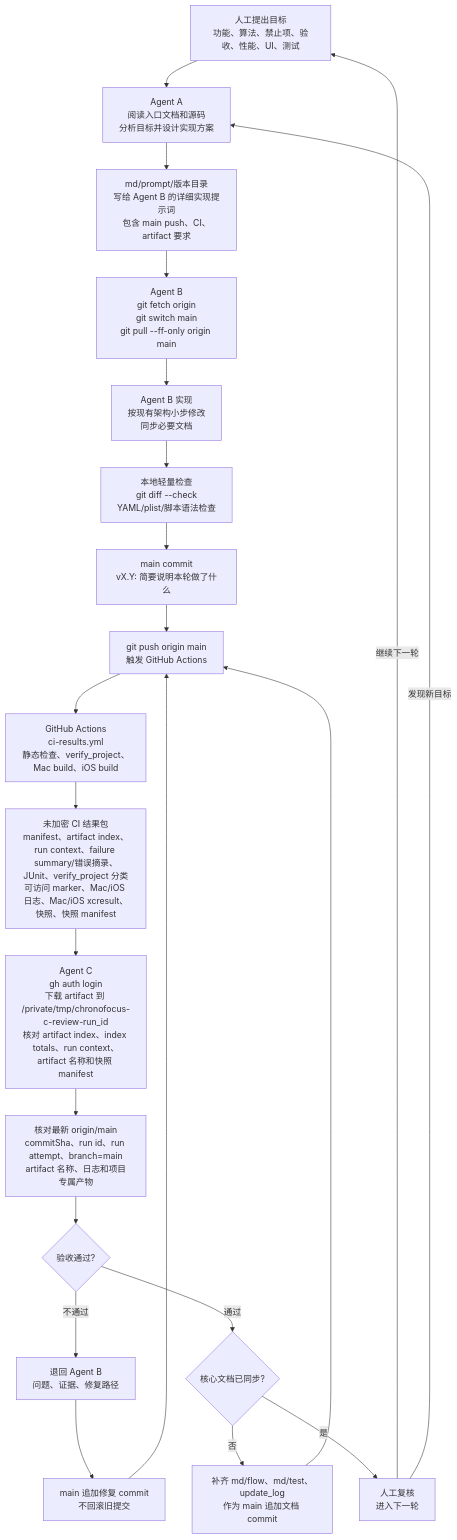
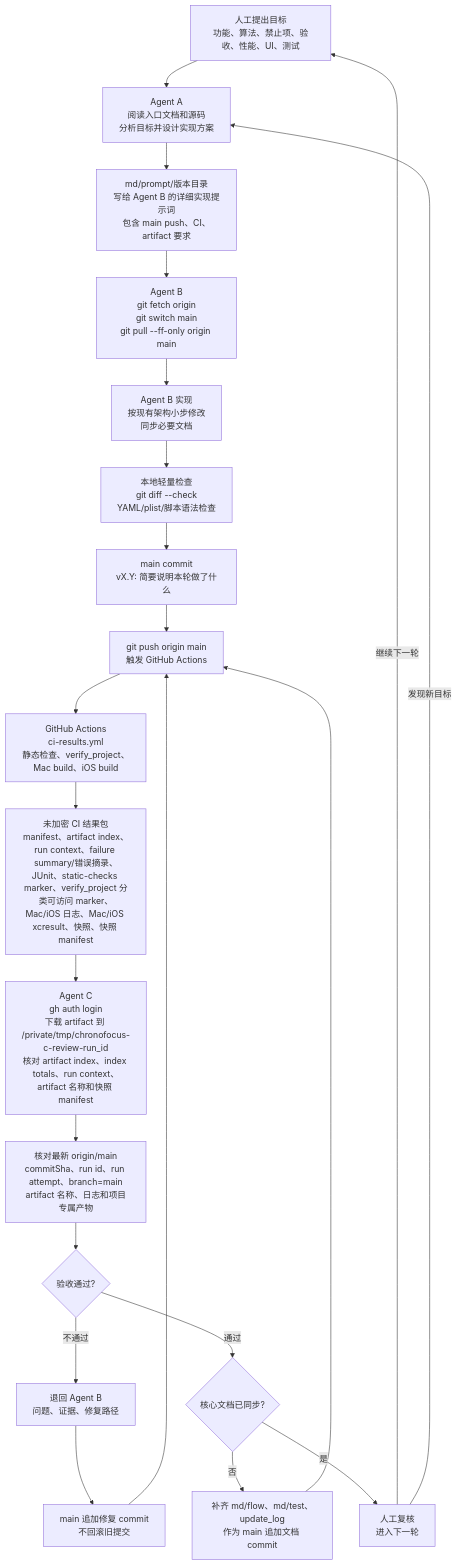
Before and after one commit to Altman-sam114/114: the fifth of 6 diagrams in md/flow/flowchart.md, drawn with Mermaid. The commit also changed other lines of this file and 7 other files, not shown here.

````diff
--- a/md/flow/flowchart.md
+++ b/md/flow/flowchart.md
@@ -102,24 +102,24 @@
 ```mermaid
 flowchart TD
   H["人工提出目标<br/>功能、算法、禁止项、验收、性能、UI、测试"] --> A["Agent A<br/>阅读入口文档和源码<br/>分析目标并设计实现方案"]
   A --> P["md/prompt/版本目录<br/>写给 Agent B 的详细实现提示词<br/>包含 main push、CI、artifact 要求"]
   P --> B0["Agent B<br/>git fetch origin<br/>git switch main<br/>git pull --ff-only origin main"]
   B0 --> B1["Agent B 实现<br/>按现有架构小步修改<br/>同步必要文档"]
   B1 --> L["本地轻量检查<br/>git diff --check<br/>YAML/plist/脚本语法检查"]
   L --> G["main commit<br/>vX.Y: 简要说明本轮做了什么"]
   G --> PUSH["git push origin main<br/>触发 GitHub Actions"]
   PUSH --> CI["GitHub Actions<br/>ci-results.yml<br/>静态检查、verify_project、Mac build、iOS build"]
-  CI --> ART["未加密 CI 结果包<br/>manifest、artifact index、run context、failure summary/错误摘录、JUnit、verify_project 分类可访问 marker、Mac/iOS 日志、Mac/iOS xcresult、快照、快照 manifest"]
+  CI --> ART["未加密 CI 结果包<br/>manifest、artifact index、run context、failure summary/错误摘录、JUnit、static-checks marker、verify_project 分类可访问 marker、Mac/iOS 日志、Mac/iOS xcresult、快照、快照 manifest"]
   ART --> C["Agent C<br/>gh auth login<br/>下载 artifact 到 /private/tmp/chronofocus-c-review-run_id<br/>核对 artifact index、index totals、run context、artifact 名称和快照 manifest"]
   C --> V["核对最新 origin/main<br/>commitSha、run id、run attempt、branch=main<br/>artifact 名称、日志和项目专属产物"]
   V --> PASS{"验收通过?"}
   PASS -->|不通过| BACK["退回 Agent B<br/>问题、证据、修复路径"]
   BACK --> FIX["main 追加修复 commit<br/>不回滚旧提交"]
   FIX --> PUSH
   PASS -->|通过| DOC{"核心文档已同步?"}
   DOC -->|否| D["补齐 md/flow、md/test、update_log<br/>作为 main 追加文档 commit"]
   D --> PUSH
   DOC -->|是| J["人工复核<br/>进入下一轮"]
   J -->|继续下一轮| H
   J -->|发现新目标| A
 ```
````
